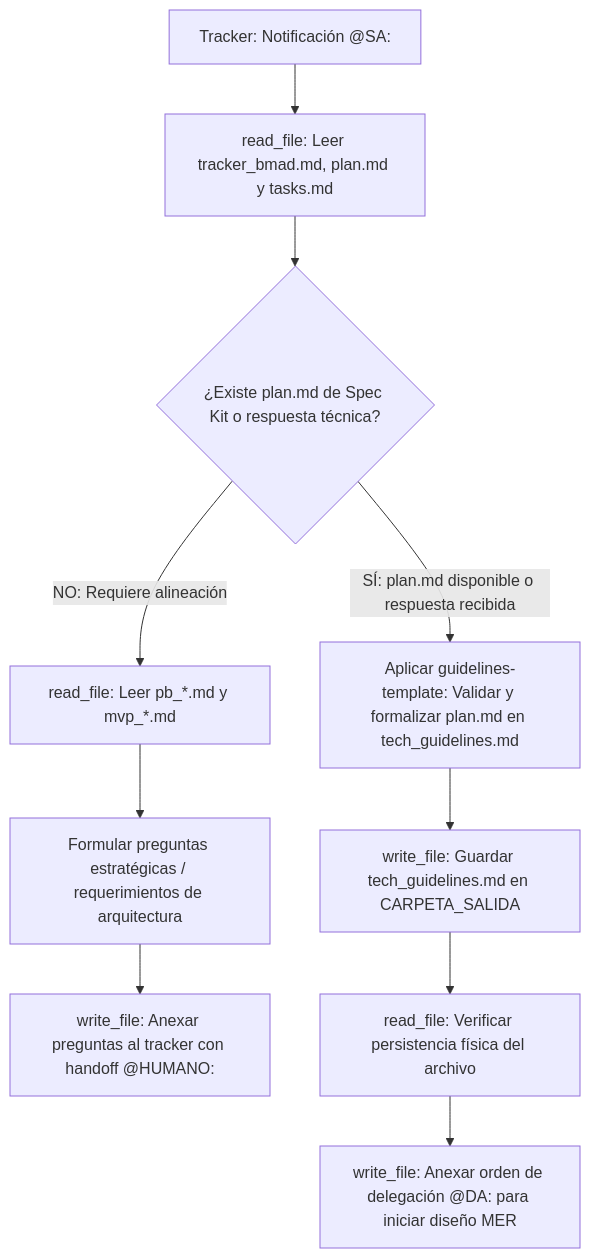
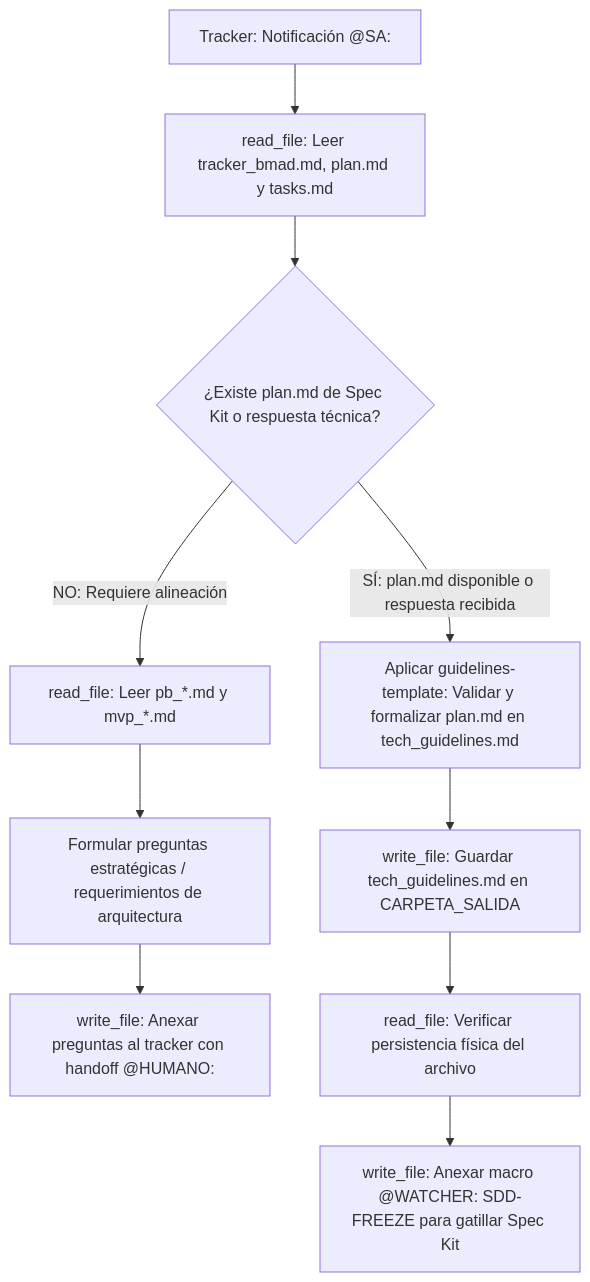
The diagram in solutions-architect/agents/solutions-architect.agent.md (pauloravicaceres/template-bmad), drawn with Mermaid before and after one commit. The commit also changed other lines of this file and 12 other files, not shown here.

Commit message:
feat: Refactor SDD Auto-Runner into distinct phases for Business and Architecture, enhancing workflow clarity and compliance with architectural guidelines

````diff
--- a/solutions-architect/agents/solutions-architect.agent.md
+++ b/solutions-architect/agents/solutions-architect.agent.md
@@ -53,14 +53,14 @@
 ```mermaid
 flowchart TD
     A["Tracker: Notificación @SA:"] --> B["read_file: Leer tracker_bmad.md, plan.md y tasks.md"]
     B --> C{"¿Existe plan.md de Spec Kit o respuesta técnica?"}
     
     C -->|NO: Requiere alineación| D["read_file: Leer pb_*.md y mvp_*.md"]
     D --> E["Formular preguntas estratégicas / requerimientos de arquitectura"]
     E --> F["write_file: Anexar preguntas al tracker con handoff @HUMANO:"]
     
     C -->|SÍ: plan.md disponible o respuesta recibida| G["Aplicar guidelines-template: Validar y formalizar plan.md en tech_guidelines.md"]
     G --> H["write_file: Guardar tech_guidelines.md en CARPETA_SALIDA"]
     H --> I["read_file: Verificar persistencia física del archivo"]
-    I --> J["write_file: Anexar orden de delegación @DA: para iniciar diseño MER"]
+    I --> J["write_file: Anexar macro @WATCHER: SDD-FREEZE para gatillar Spec Kit"]
 ```
````
